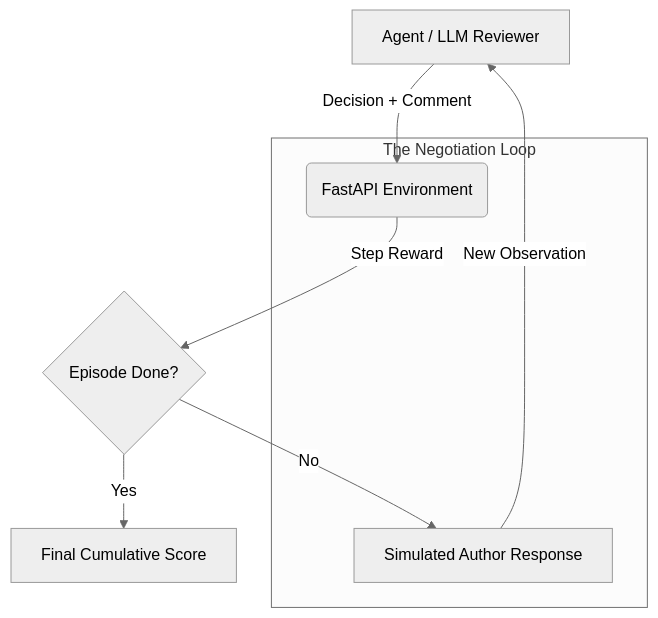
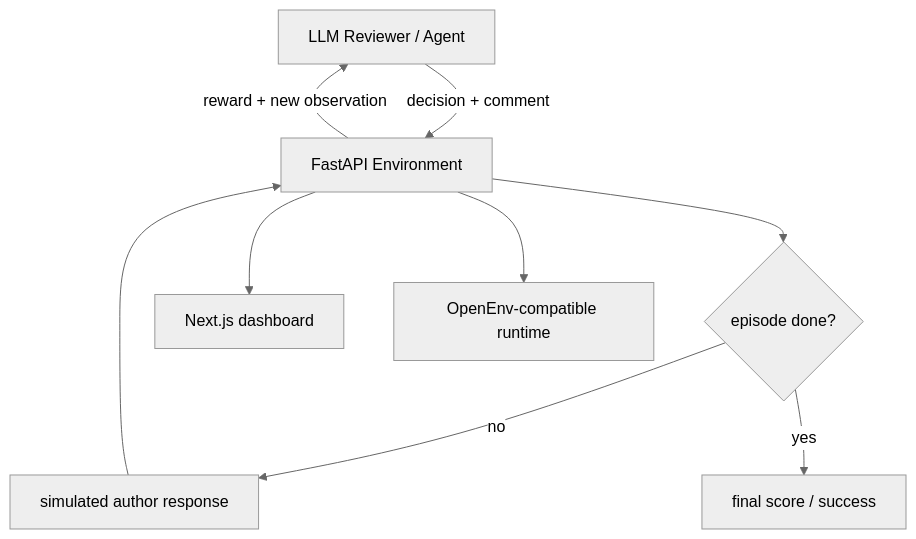
The diagram in README.md (Levi710/PR-Review-Negotiation-Environment), drawn with Mermaid (neutral theme) before and after one commit. The commit also changed other lines of this file and 10 other files, not shown here.

````diff
--- a/README.md
+++ b/README.md
@@ -38,13 +51,11 @@
 ```mermaid
 graph TD
-    A[Agent / LLM Reviewer] -->|Decision + Comment| B(FastAPI Environment)
-    B -->|Step Reward| C{Episode Done?}
-    C -->|No| D[Simulated Author Response]
-    D -->|New Observation| A
-    C -->|Yes| E[Final Cumulative Score]
-    
-    subgraph "The Negotiation Loop"
-    B
-    D
-    end
+    A["LLM Reviewer / Agent"] -->|decision + comment| B["FastAPI Environment"]
+    B -->|reward + new observation| A
+    B --> C{"episode done?"}
+    C -->|no| D["simulated author response"]
+    D --> B
+    C -->|yes| E["final score / success"]
+    B --> F["Next.js dashboard"]
+    B --> G["OpenEnv-compatible runtime"]
 ```
````
